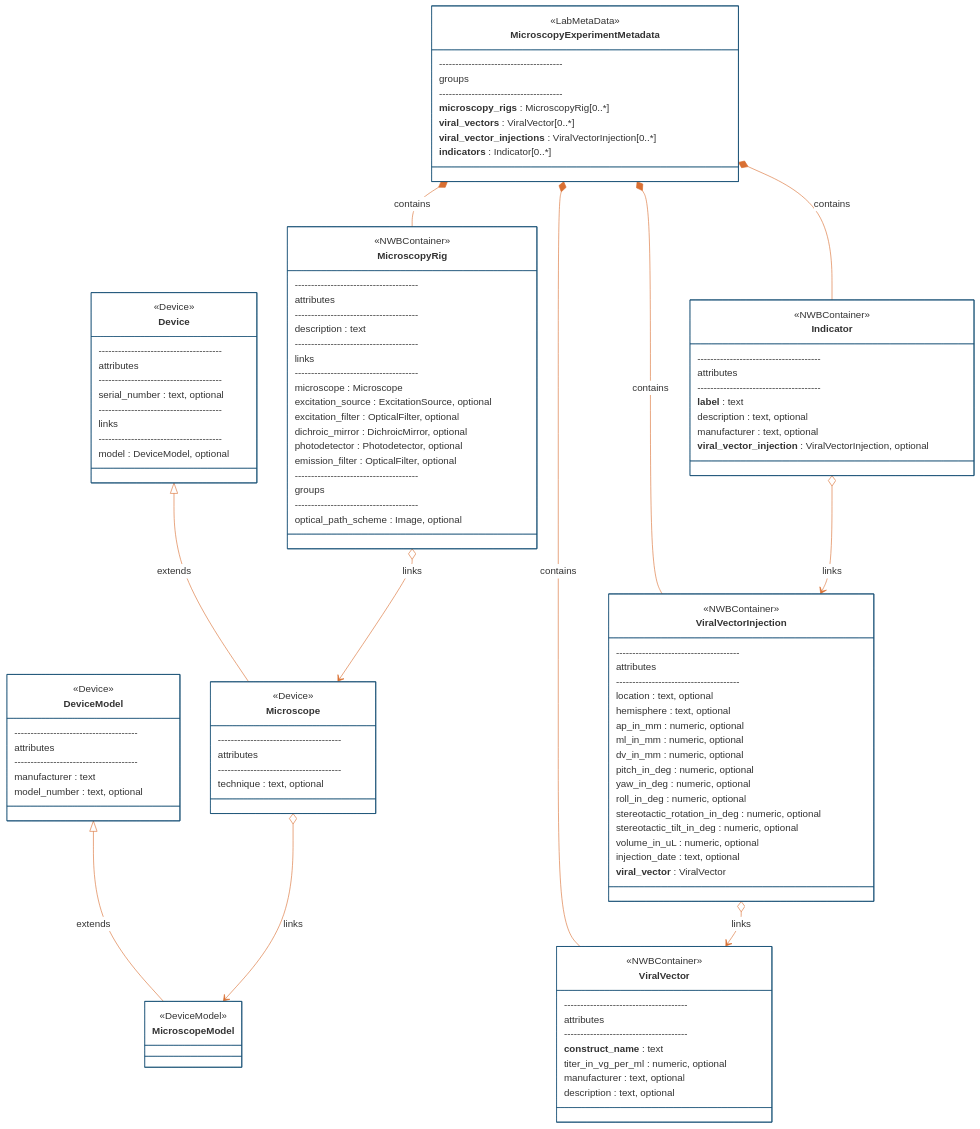
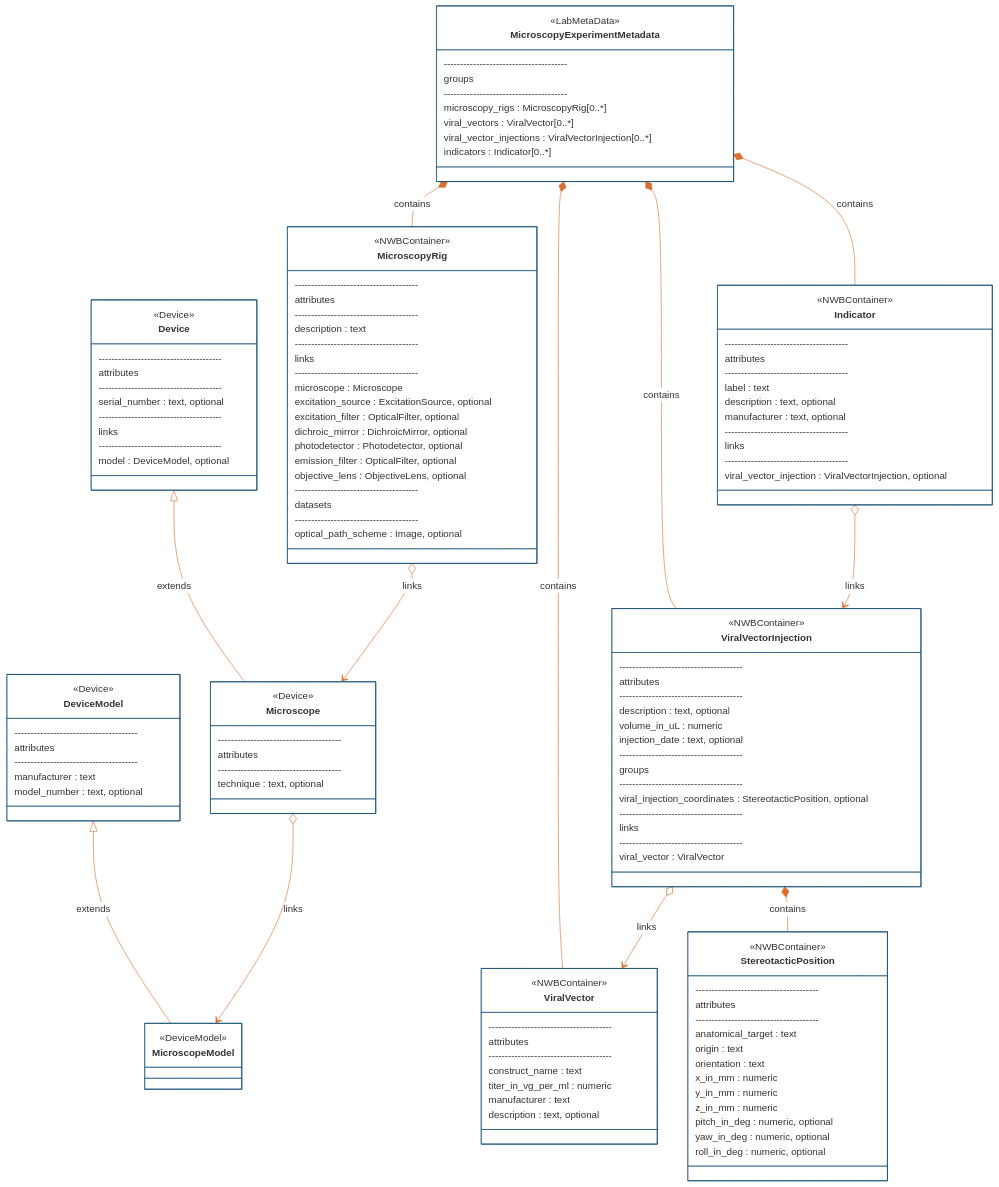
One commit to catalystneuro/ndx-microscopy changed the first of 4 diagrams in README.md. Above: the diagram before and after it, drawn with Mermaid. The commit also changed other lines of this file, not shown here.

First line of the commit message:
Update the README diagrams to the 0.4.0 spec

````diff
--- a/README.md
+++ b/README.md
@@ -52,7 +58,7 @@
 
 classDiagram
     direction TB
-    
+
     class DeviceModel{
         <<Device>>
         --------------------------------------
@@ -61,7 +67,7 @@
         manufacturer : text
         model_number : text, optional
     }
-    
+
     class Device{
         <<Device>>
         --------------------------------------
@@ -91,10 +97,10 @@
         --------------------------------------
         groups
         --------------------------------------
-        **microscopy_rigs** : MicroscopyRig[0..*]
-        **viral_vectors** : ViralVector[0..*]
-        **viral_vector_injections** : ViralVectorInjection[0..*]
-        **indicators** : Indicator[0..*]
+        microscopy_rigs : MicroscopyRig[0..*]
+        viral_vectors : ViralVector[0..*]
+        viral_vector_injections : ViralVectorInjection[0..*]
+        indicators : Indicator[0..*]
     }
 
     class MicroscopyRig {
@@ -112,8 +118,9 @@
         dichroic_mirror : DichroicMirror, optional
         photodetector : Photodetector, optional
         emission_filter : OpticalFilter, optional
+        objective_lens : ObjectiveLens, optional
         --------------------------------------
-        groups
+        datasets
         --------------------------------------
         optical_path_scheme : Image, optional
     }
@@ -123,9 +130,9 @@
         --------------------------------------
         attributes
         --------------------------------------
-        **construct_name** : text
-        titer_in_vg_per_ml : numeric, optional
-        manufacturer : text, optional
+        construct_name : text
+        titer_in_vg_per_ml : numeric
+        manufacturer : text
         description : text, optional
     }
     class ViralVectorInjection {
@@ -133,29 +140,45 @@
         --------------------------------------
         attributes
         --------------------------------------
-        location : text, optional
-        hemisphere : text, optional
-        ap_in_mm : numeric, optional
-        ml_in_mm : numeric, optional
-        dv_in_mm : numeric, optional
+        description : text, optional
+        volume_in_uL : numeric
+        injection_date : text, optional
+        --------------------------------------
+        groups
+        --------------------------------------
+        viral_injection_coordinates : StereotacticPosition, optional
+        --------------------------------------
+        links
+        --------------------------------------
+        viral_vector : ViralVector
+    }
+    class StereotacticPosition {
+        <<NWBContainer>>
+        --------------------------------------
+        attributes
+        --------------------------------------
+        anatomical_target : text
+        origin : text
+        orientation : text
+        x_in_mm : numeric
+        y_in_mm : numeric
+        z_in_mm : numeric
         pitch_in_deg : numeric, optional
         yaw_in_deg : numeric, optional
         roll_in_deg : numeric, optional
-        stereotactic_rotation_in_deg : numeric, optional
-        stereotactic_tilt_in_deg : numeric, optional
-        volume_in_uL : numeric, optional
-        injection_date : text, optional
-        **viral_vector** : ViralVector
-        }
+    }
     class Indicator {
         <<NWBContainer>>
         --------------------------------------
         attributes
         --------------------------------------
-        **label** : text
+        label : text
         description : text, optional
         manufacturer : text, optional
-        **viral_vector_injection** : ViralVectorInjection, optional
+        --------------------------------------
+        links
+        --------------------------------------
+        viral_vector_injection : ViralVectorInjection, optional
     }
 
 
@@ -168,5 +191,6 @@
     MicroscopyExperimentMetadata *-- ViralVectorInjection : contains
     MicroscopyExperimentMetadata *-- Indicator : contains
     ViralVectorInjection o--> ViralVector : links
+    ViralVectorInjection *-- StereotacticPosition : contains
     Indicator o--> ViralVectorInjection : links
 ```
````
